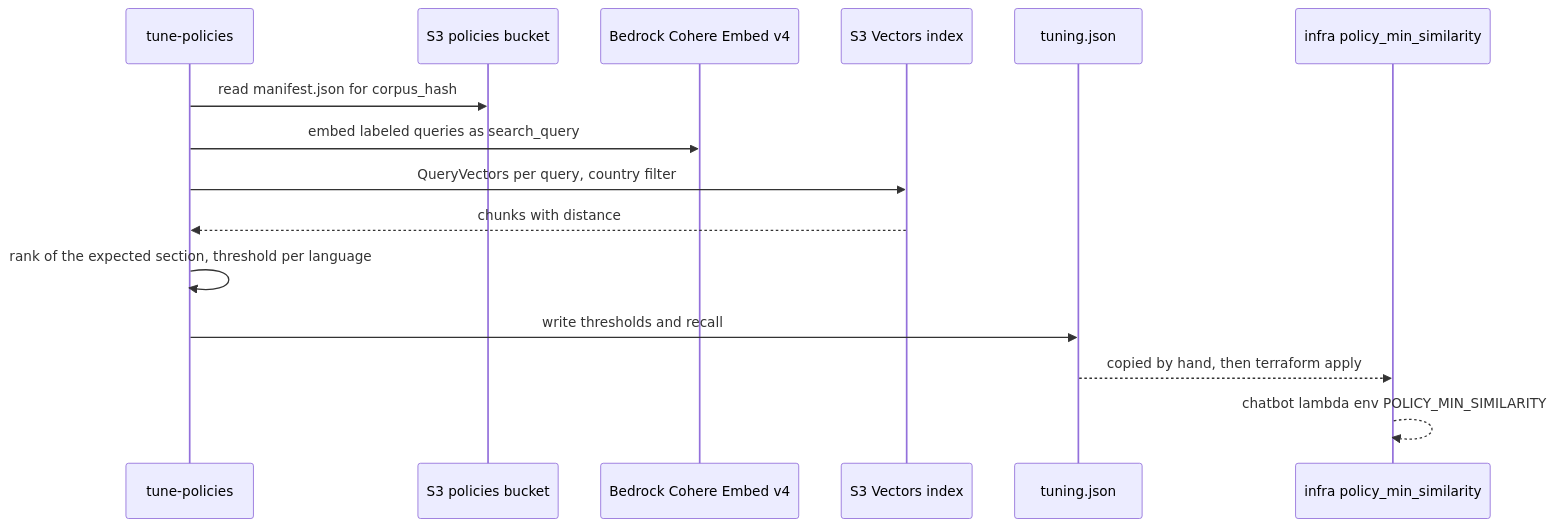
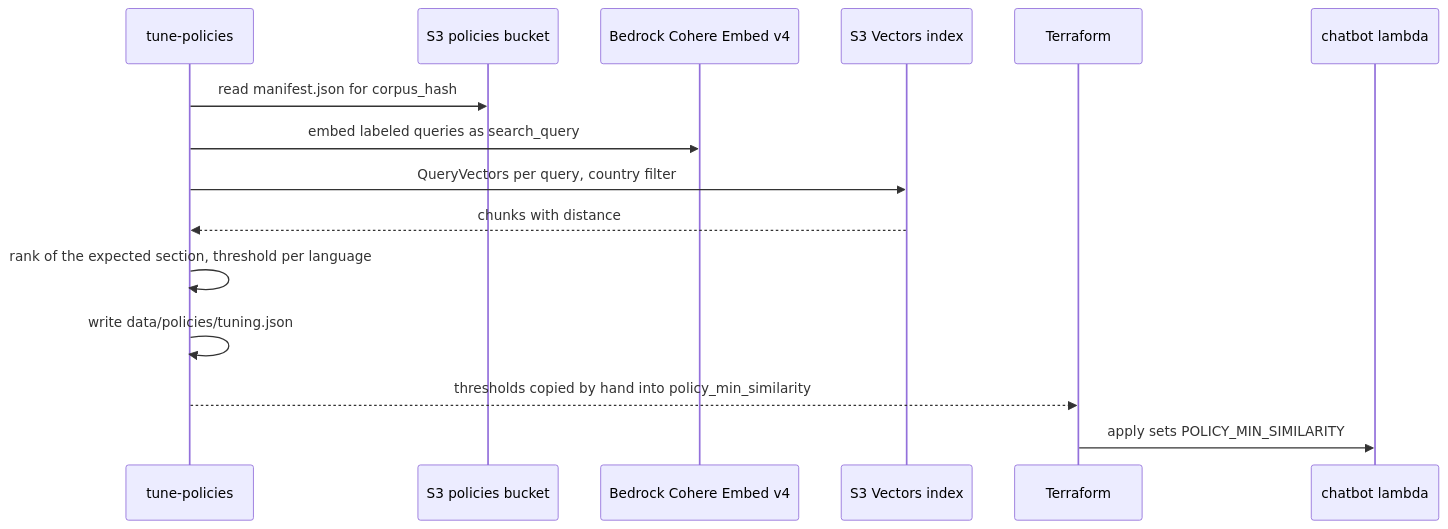
Before and after one commit to Team-ACGS/factored-hackathon-2026-acgs: the fourth of 5 diagrams in docs/modules/data/flows.md, drawn with Mermaid. The commit also changed other lines of this file and 6 other files, not shown here.

Commit message:
docs(assistant,cases,data,identity,messaging): reviewer findings on flows and readme, round 2

````diff
--- a/docs/modules/data/flows.md
+++ b/docs/modules/data/flows.md
@@ -134,17 +131,17 @@
 ```mermaid
 sequenceDiagram
     participant CLI as tune-policies
     participant Policies as S3 policies bucket
     participant Bedrock as Bedrock Cohere Embed v4
     participant Vectors as S3 Vectors index
-    participant File as tuning.json
-    participant Infra as infra policy_min_similarity
+    participant TF as Terraform
+    participant Chatbot as chatbot lambda
     CLI->>Policies: read manifest.json for corpus_hash
     CLI->>Bedrock: embed labeled queries as search_query
     CLI->>Vectors: QueryVectors per query, country filter
     Vectors-->>CLI: chunks with distance
     CLI->>CLI: rank of the expected section, threshold per language
-    CLI->>File: write thresholds and recall
-    File-->>Infra: copied by hand, then terraform apply
-    Infra-->>Infra: chatbot lambda env POLICY_MIN_SIMILARITY
+    CLI->>CLI: write data/policies/tuning.json
+    CLI-->>TF: thresholds copied by hand into policy_min_similarity
+    TF->>Chatbot: apply sets POLICY_MIN_SIMILARITY
 ```
````
